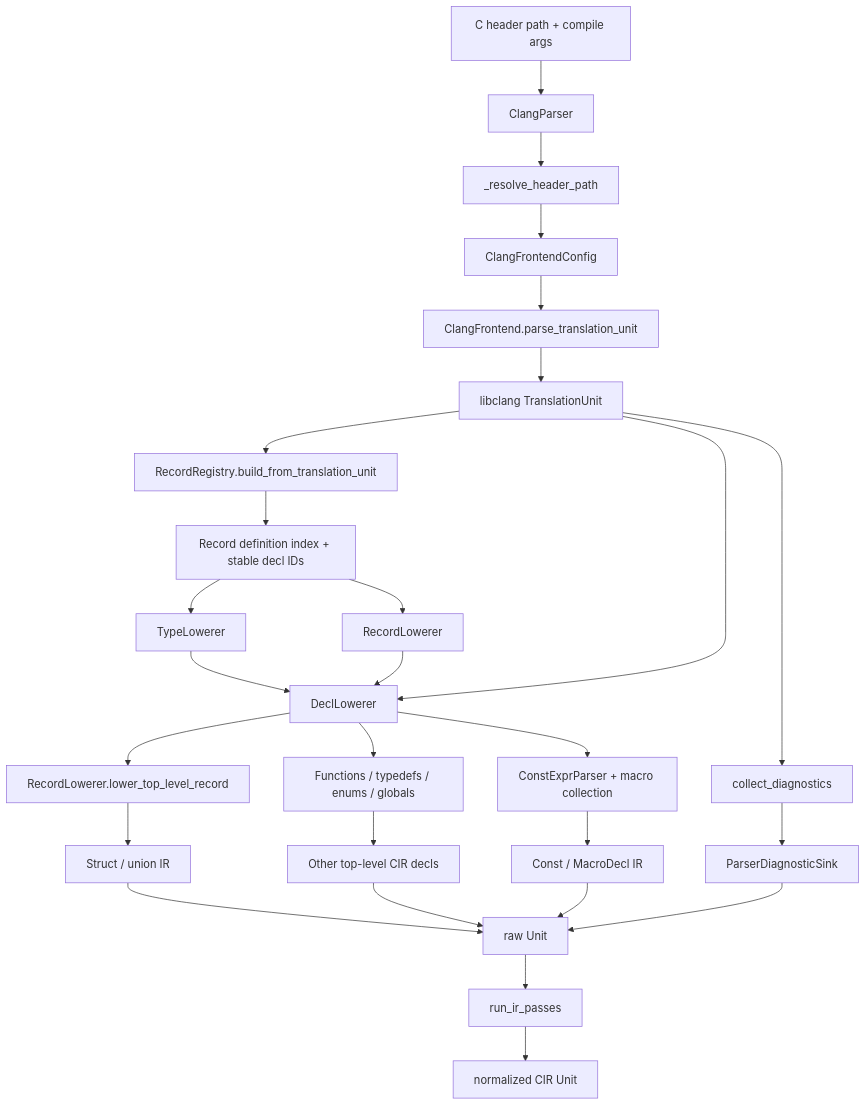
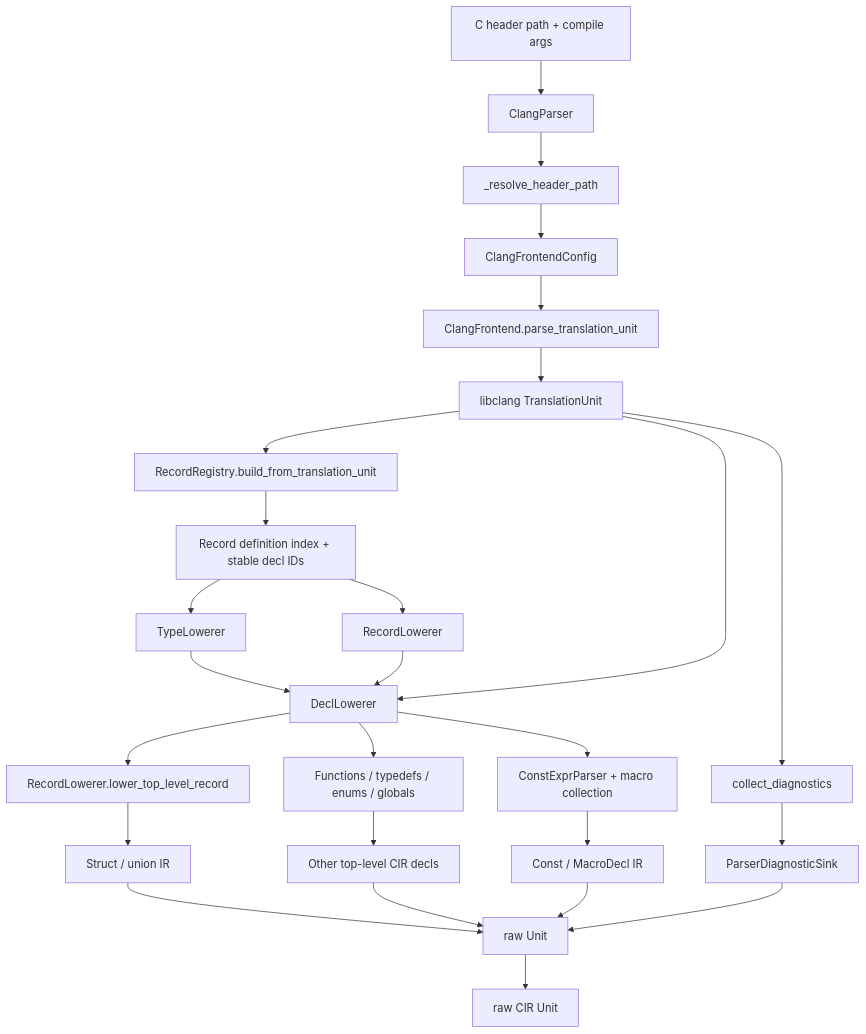
Before and after one commit to MoSafi2/mojo_bindgen: the diagram in docs/parsing_c_to_cir_pipeline.md, drawn with Mermaid. The commit also changed other lines of this file and 23 other files, not shown here.

````diff
--- a/docs/parsing_c_to_cir_pipeline.md
+++ b/docs/parsing_c_to_cir_pipeline.md
@@ -8,36 +8,35 @@
 ```mermaid
 flowchart TD
     A[C header path + compile args] --> B[ClangParser]
     B --> C[_resolve_header_path]
     C --> D[ClangFrontendConfig]
     D --> E[ClangFrontend.parse_translation_unit]
     E --> F[libclang TranslationUnit]
 
     F --> G[collect_diagnostics]
     G --> H[ParserDiagnosticSink]
 
     F --> I[RecordRegistry.build_from_translation_unit]
     I --> J[Record definition index + stable decl IDs]
 
     J --> K[TypeLowerer]
     J --> L[RecordLowerer]
     K --> M[DeclLowerer]
     L --> M
     F --> M
 
     M --> N[Functions / typedefs / enums / globals]
     M --> O[RecordLowerer.lower_top_level_record]
     M --> P[ConstExprParser + macro collection]
 
     O --> Q[Struct / union IR]
     N --> R[Other top-level CIR decls]
     P --> S[Const / MacroDecl IR]
 
     Q --> T[raw Unit]
     R --> T
     S --> T
     H --> T
 
-    T --> U[run_ir_passes]
-    U --> V[normalized CIR Unit]
+    T --> U[raw CIR Unit]
 ```
````
